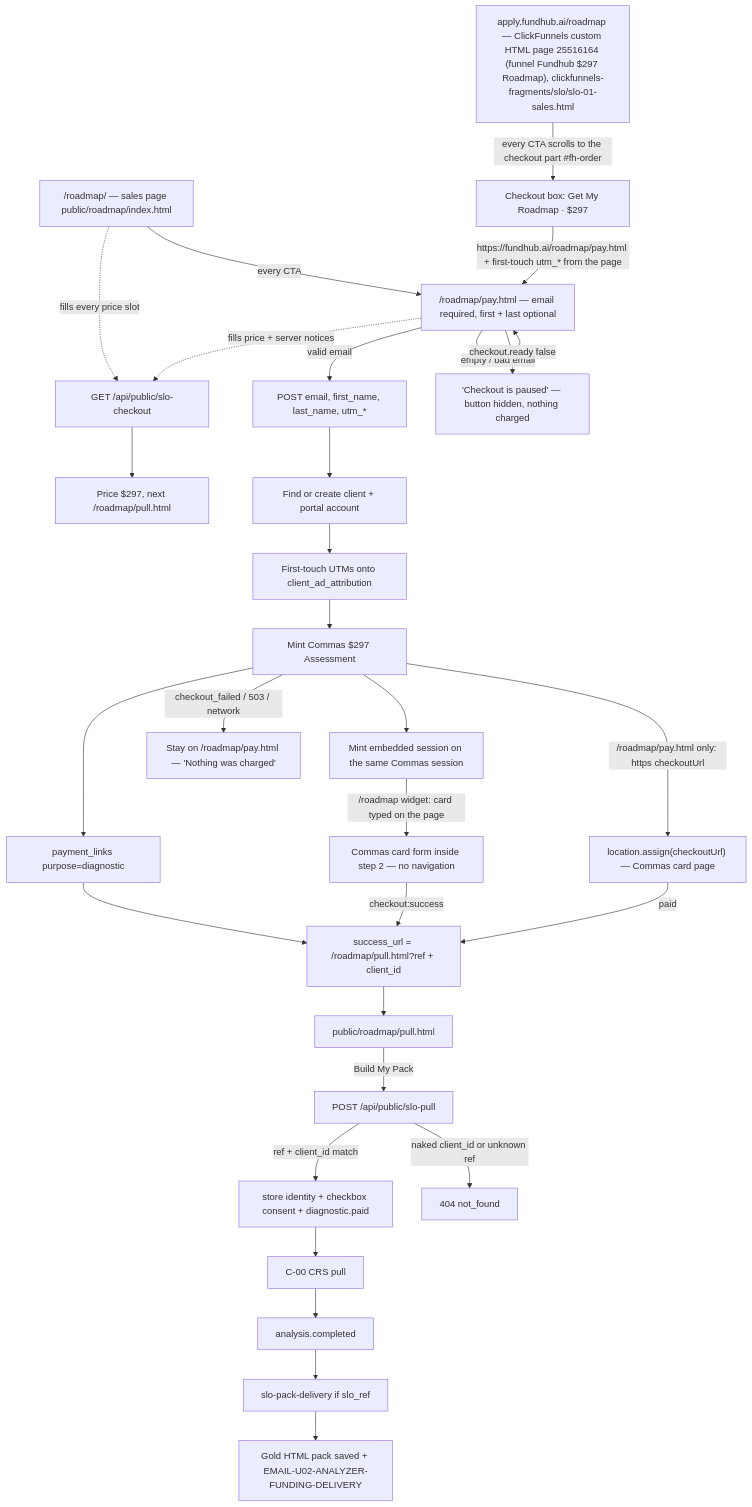
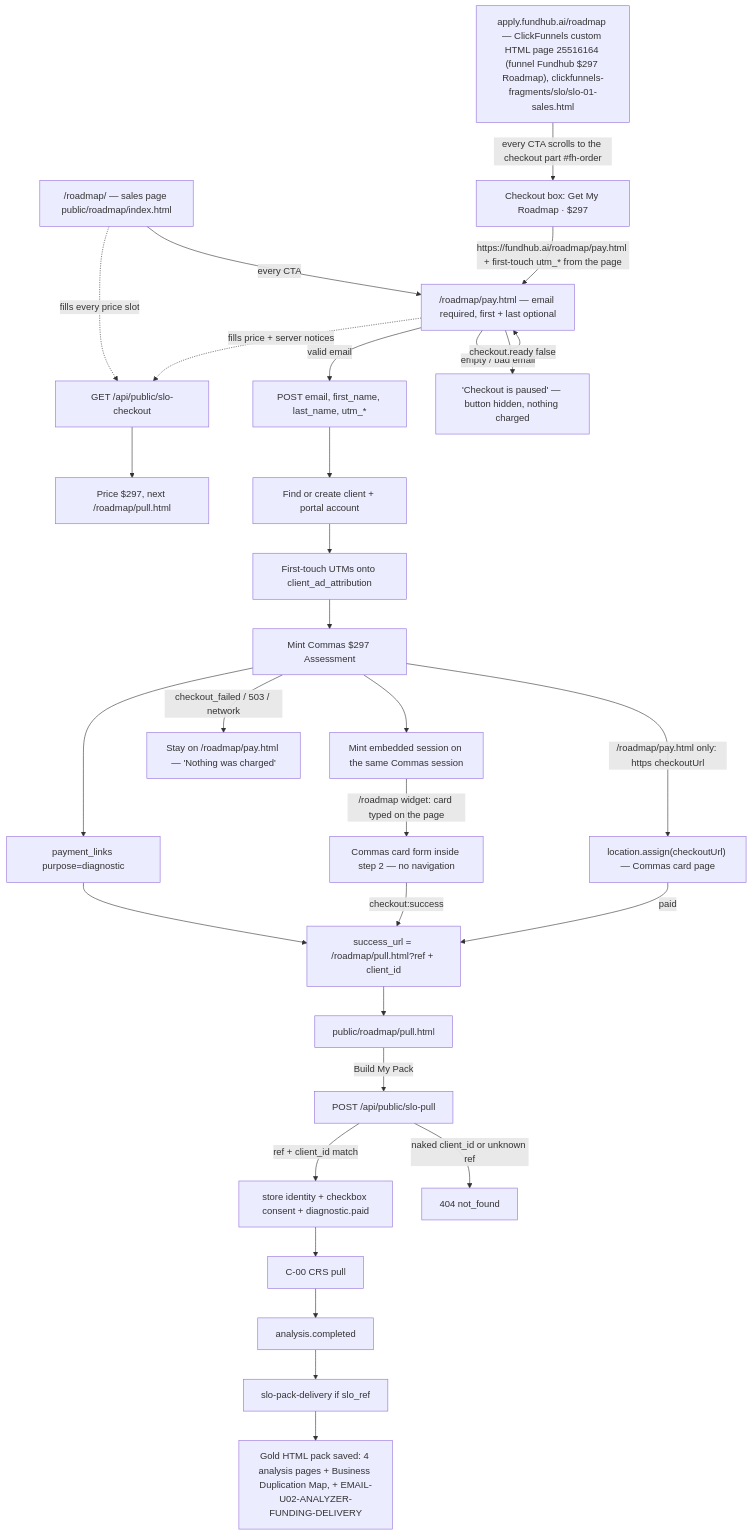
Before and after one commit to ZootimusMaximusSupreme/Fundhub_ai: the diagram in docs/journeys/slo-offer-actual.md, drawn with Mermaid. The commit also changed other lines of this file and 15 other files, not shown here.

First line of the commit message:
UnderwriteIQ: Business Duplication Map is a real document in the funding pack.

````diff
--- a/docs/journeys/slo-offer-actual.md
+++ b/docs/journeys/slo-offer-actual.md
@@ -9,31 +9,31 @@
 ```mermaid
 flowchart TD
   S["/roadmap/ — sales page public/roadmap/index.html"] -->|every CTA| P["/roadmap/pay.html — email required, first + last optional"]
   CF["apply.fundhub.ai/roadmap — ClickFunnels custom HTML page 25516164 (funnel Fundhub $297 Roadmap), clickfunnels-fragments/slo/slo-01-sales.html"] -->|"every CTA scrolls to the checkout part #fh-order"| CFB["Checkout box: Get My Roadmap · $297"]
   CFB -->|"https://fundhub.ai/roadmap/pay.html + first-touch utm_* from the page"| P
   S -. fills every price slot .-> A
   P -. fills price + server notices .-> A
   A["GET /api/public/slo-checkout"] --> B["Price $297, next /roadmap/pull.html"]
   P -->|"valid email"| C
   P -->|"empty / bad email"| P
   P -->|"checkout.ready false"| PAUSE["'Checkout is paused' — button hidden, nothing charged"]
   C["POST email, first_name, last_name, utm_*"] --> D["Find or create client + portal account"]
   D --> ATTR["First-touch UTMs onto client_ad_attribution"]
   ATTR --> E["Mint Commas $297 Assessment"]
   E --> F["payment_links purpose=diagnostic"]
   F --> G["success_url = /roadmap/pull.html?ref + client_id"]
   E --> EMB["Mint embedded session on the same Commas session"]
   EMB -->|"/roadmap widget: card typed on the page"| CARDIN["Commas card form inside step 2 — no navigation"]
   E -->|"/roadmap/pay.html only: https checkoutUrl"| CARD["location.assign(checkoutUrl) — Commas card page"]
   E -->|"checkout_failed / 503 / network"| PFAIL["Stay on /roadmap/pay.html — 'Nothing was charged'"]
   CARDIN -->|"checkout:success"| G
   CARD -->|paid| G
   G --> H["public/roadmap/pull.html"]
   H -->|"Build My Pack"| I["POST /api/public/slo-pull"]
   I -->|"ref + client_id match"| J["store identity + checkbox consent + diagnostic.paid"]
   I -->|"naked client_id or unknown ref"| K["404 not_found"]
   J --> L["C-00 CRS pull"]
   L --> M["analysis.completed"]
   M --> N["slo-pack-delivery if slo_ref"]
-  N --> O["Gold HTML pack saved + EMAIL-U02-ANALYZER-FUNDING-DELIVERY"]
+  N --> O["Gold HTML pack saved: 4 analysis pages + Business Duplication Map, + EMAIL-U02-ANALYZER-FUNDING-DELIVERY"]
 ```
````
